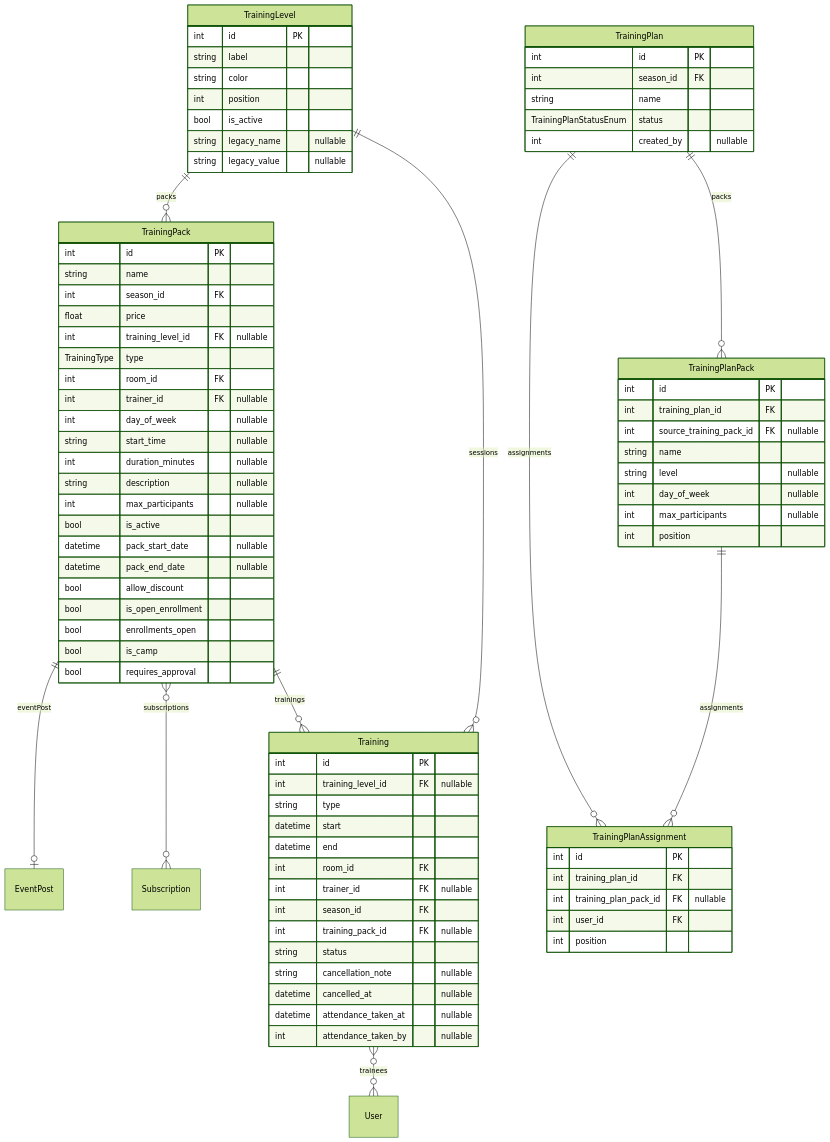
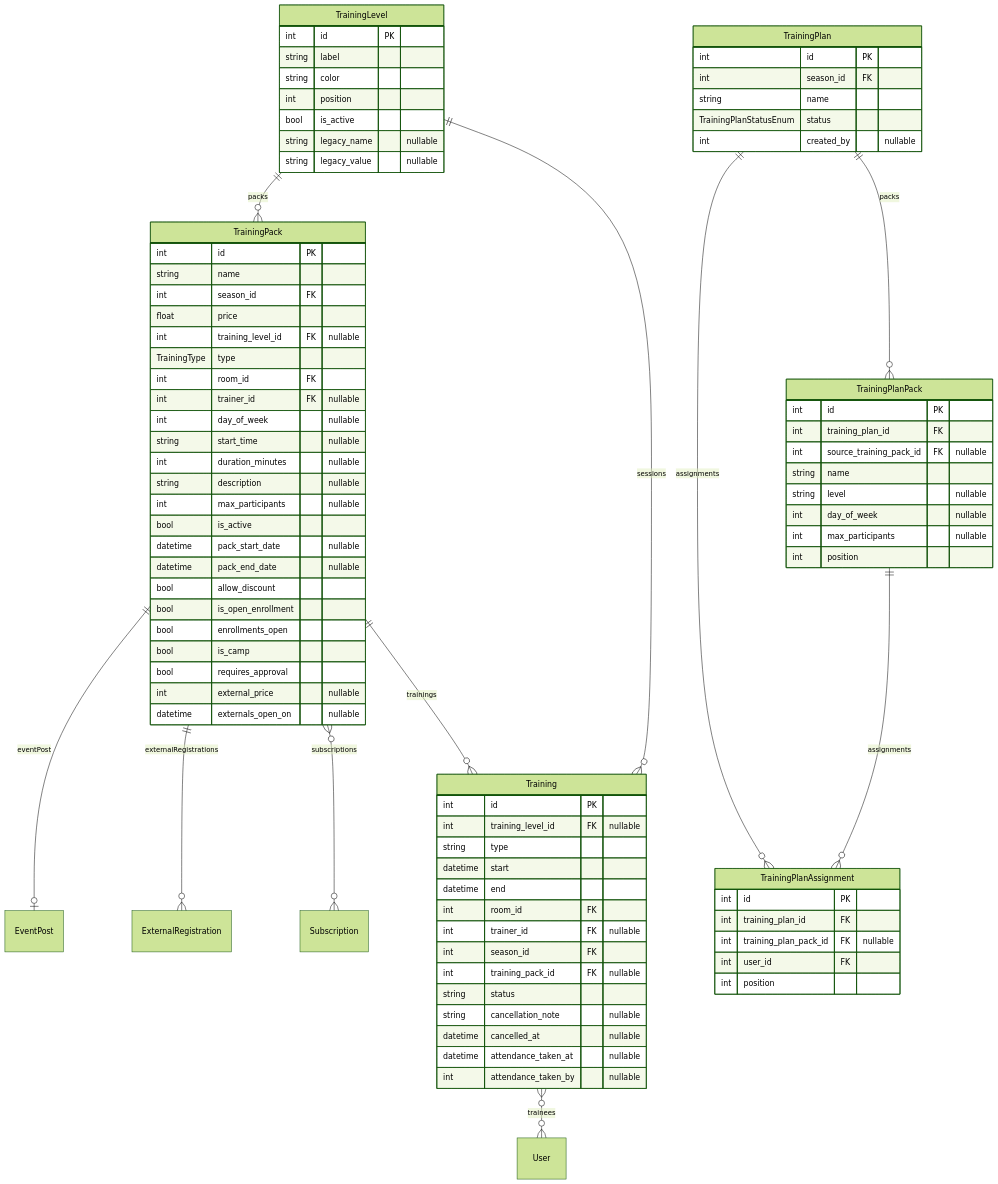
Before and after one commit to Paupoo/tabletennisclub-app: the diagram in docs/erd/trainings.md, drawn with Mermaid (forest theme). The commit also changed 9 other files, not shown here.

```diff
--- a/docs/erd/trainings.md
+++ b/docs/erd/trainings.md
@@ -49,6 +49,8 @@
         bool enrollments_open
         bool is_camp
         bool requires_approval
+        int external_price "nullable"
+        datetime externals_open_on "nullable"
     }
     TrainingPlan {
         int id PK
@@ -79,6 +81,7 @@
     TrainingLevel ||--o{ TrainingPack : "packs"
     TrainingLevel ||--o{ Training : "sessions"
     TrainingPack ||--o| EventPost : "eventPost"
+    TrainingPack ||--o{ ExternalRegistration : "externalRegistrations"
     TrainingPack }o--o{ Subscription : "subscriptions"
     TrainingPack ||--o{ Training : "trainings"
     TrainingPlan ||--o{ TrainingPlanAssignment : "assignments"
```
